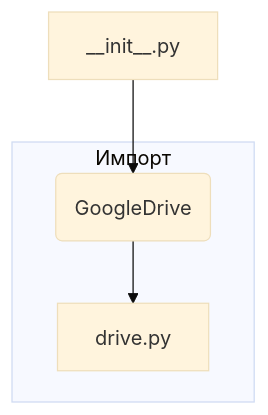
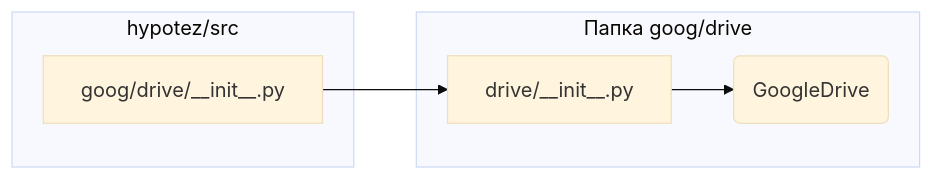
Before and after one commit to hypo69/hypo: the second of 2 diagrams in docs/gemini/ru/explainer/src/goog/drive/__init__.md, drawn with Mermaid (base theme). The commit also changed other lines of this file and 468 other files, not shown here.

````diff
--- a/docs/gemini/ru/explainer/src/goog/drive/__init__.md
+++ b/docs/gemini/ru/explainer/src/goog/drive/__init__.md
@@ -32,7 +44,9 @@
 ```mermaid
-graph TD
-    A[__init__.py] --> B(GoogleDrive);
-    subgraph Импорт
-        B --> C[drive.py];
+graph LR
+    subgraph Папка goog/drive
+        A[drive/__init__.py] --> B(GoogleDrive);
+    end
+    subgraph hypotez/src
+        C[goog/drive/__init__.py] --> A;
     end
 ```
````
